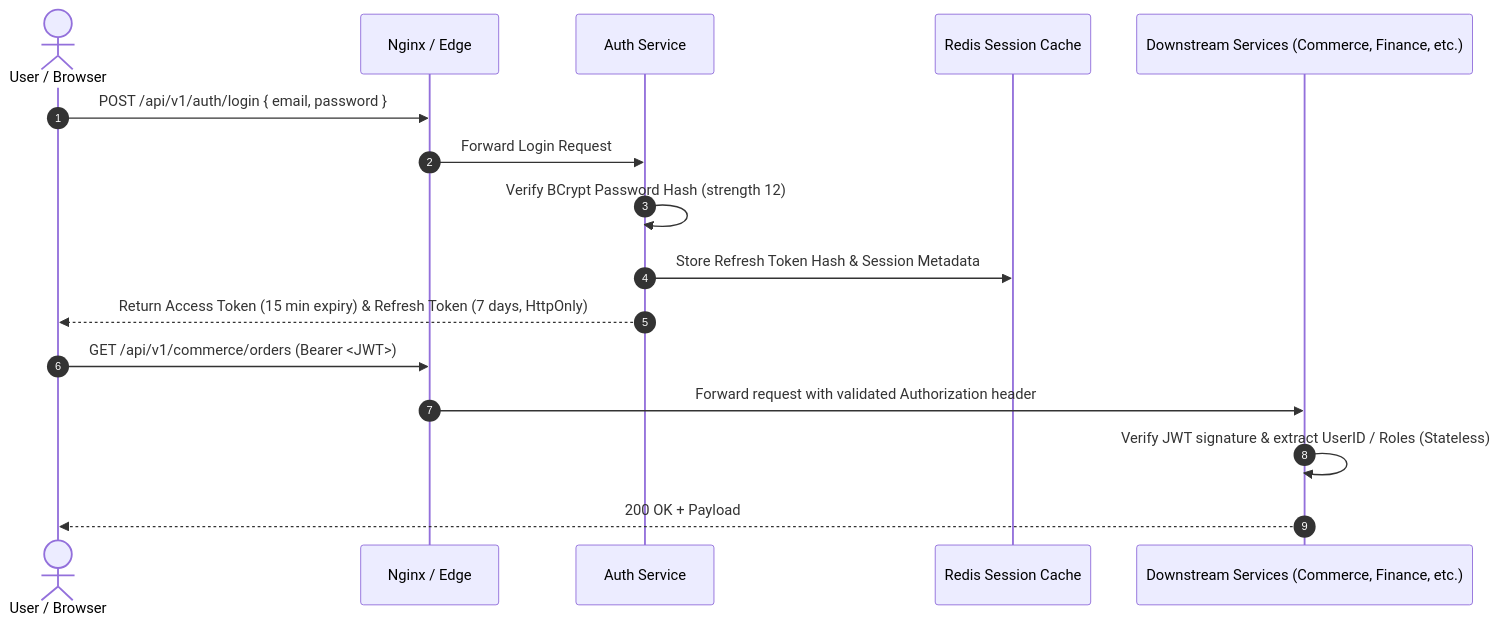
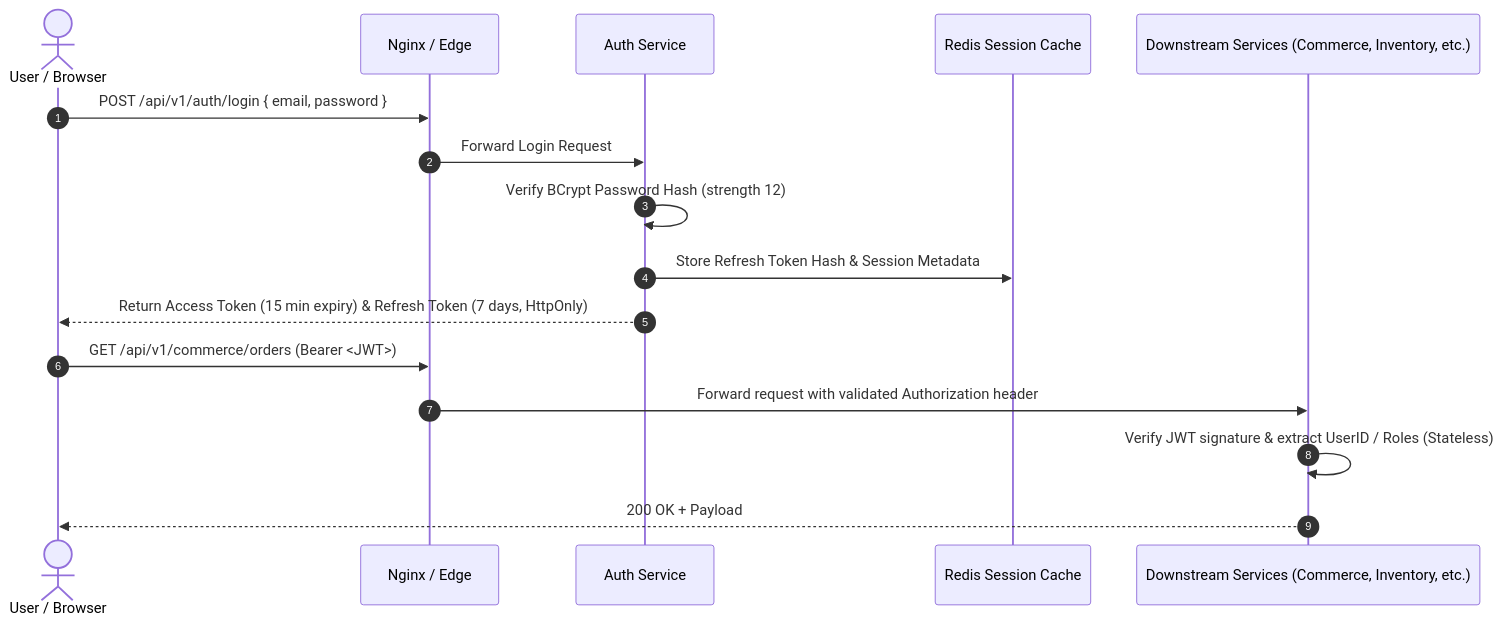
One commit to rrjaggery-1458/RR_Jaggery changed the diagram in docs/security-model.md. Above: the diagram before and after it, drawn with Mermaid. The commit also changed other lines of this file, not shown here.

````diff
--- a/docs/security-model.md
+++ b/docs/security-model.md
@@ -7,20 +12,20 @@
 ```mermaid
 sequenceDiagram
     autonumber
     actor Client as User / Browser
     participant Gateway as Nginx / Edge
     participant Auth as Auth Service
     participant Redis as Redis Session Cache
-    participant Downstream as Downstream Services (Commerce, Finance, etc.)
+    participant Downstream as Downstream Services (Commerce, Inventory, etc.)
 
     Client->>Gateway: POST /api/v1/auth/login { email, password }
     Gateway->>Auth: Forward Login Request
     Auth->>Auth: Verify BCrypt Password Hash (strength 12)
     Auth->>Redis: Store Refresh Token Hash & Session Metadata
     Auth-->>Client: Return Access Token (15 min expiry) & Refresh Token (7 days, HttpOnly)
 
     Client->>Gateway: GET /api/v1/commerce/orders (Bearer <JWT>)
     Gateway->>Downstream: Forward request with validated Authorization header
     Downstream->>Downstream: Verify JWT signature & extract UserID / Roles (Stateless)
     Downstream-->>Client: 200 OK + Payload
 ```
````
